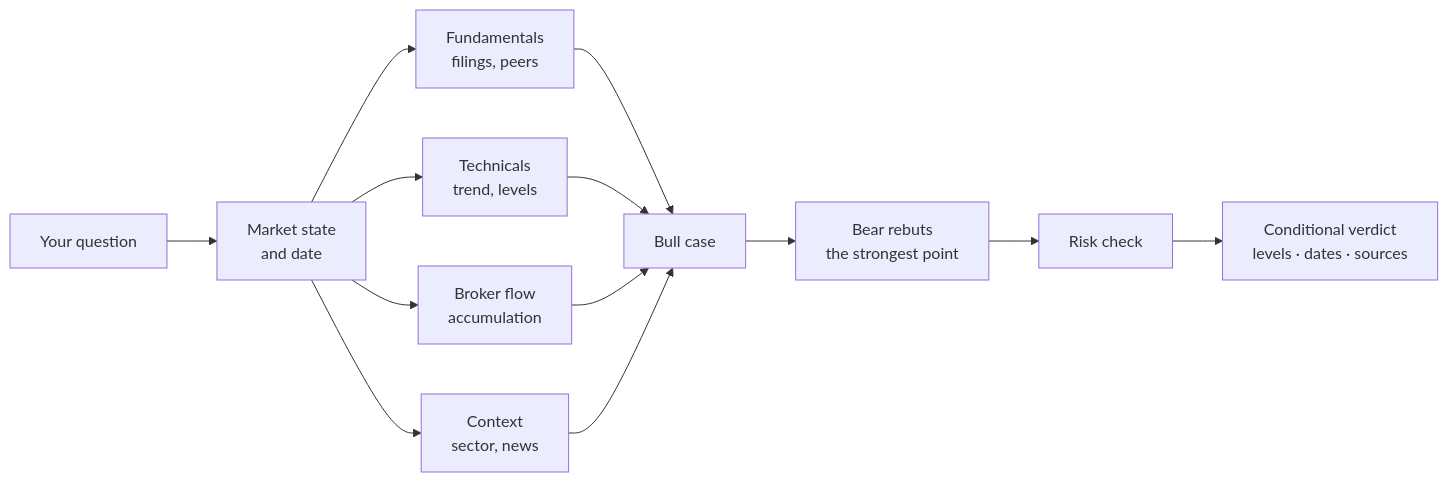
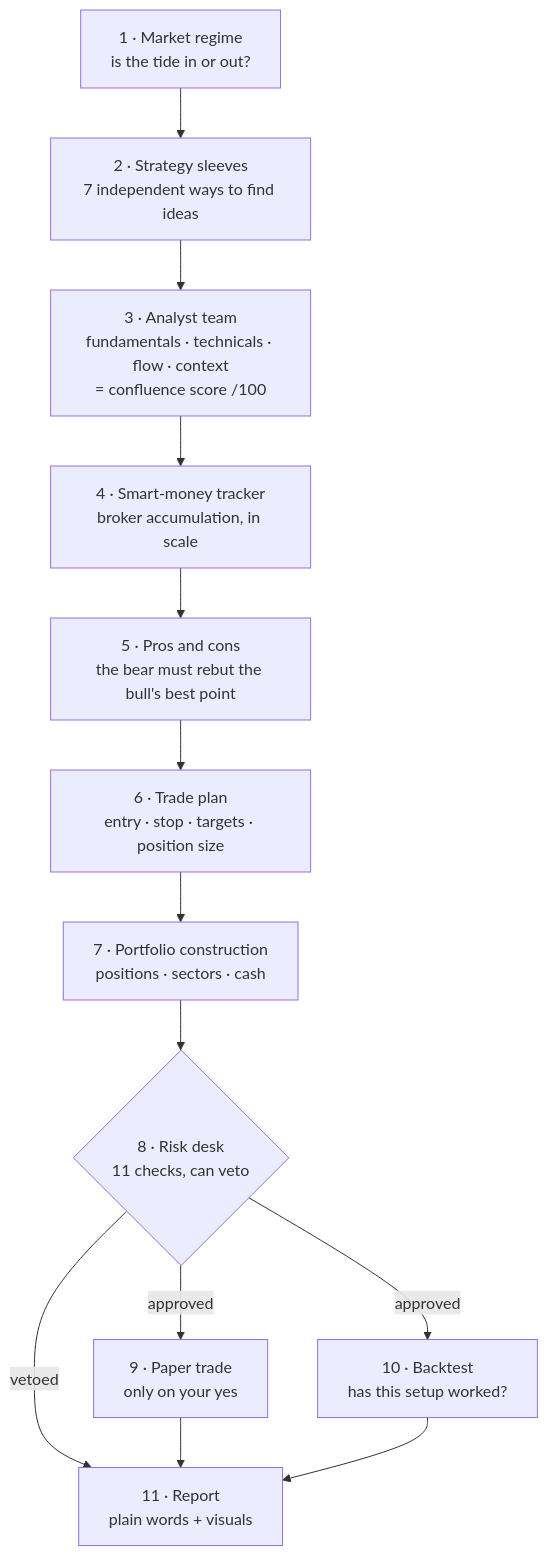
Before and after one commit to AstrixelHQ/nepse-trading-desk: the diagram in README.md, drawn with Mermaid. The commit also changed other lines of this file and 30 other files, not shown here.

````diff
--- a/README.md
+++ b/README.md
@@ -103,12 +60,15 @@
 ```mermaid
-flowchart LR
-  Q[Your question] --> M[Market state<br/>and date]
-  M --> F[Fundamentals<br/>filings, peers]
-  M --> T[Technicals<br/>trend, levels]
-  M --> B[Broker flow<br/>accumulation]
-  M --> C[Context<br/>sector, news]
-  F & T & B & C --> Bull[Bull case]
-  Bull --> Bear[Bear rebuts<br/>the strongest point]
-  Bear --> R[Risk check]
-  R --> V[Conditional verdict<br/>levels · dates · sources]
+flowchart TD
+  S["1 · Market regime<br/>is the tide in or out?"] --> I["2 · Strategy sleeves<br/>7 independent ways to find ideas"]
+  I --> A["3 · Analyst team<br/>fundamentals · technicals · flow · context<br/>= confluence score /100"]
+  A --> M["4 · Smart-money tracker<br/>broker accumulation, in scale"]
+  M --> D["5 · Pros and cons<br/>the bear must rebut the bull's best point"]
+  D --> P["6 · Trade plan<br/>entry · stop · targets · position size"]
+  P --> C["7 · Portfolio construction<br/>positions · sectors · cash"]
+  C --> R{"8 · Risk desk<br/>11 checks, can veto"}
+  R -- approved --> E["9 · Paper trade<br/>only on your yes"]
+  R -- approved --> B["10 · Backtest<br/>has this setup worked?"]
+  R -- vetoed --> W
+  E --> W["11 · Report<br/>plain words + visuals"]
+  B --> W
 ```
````
